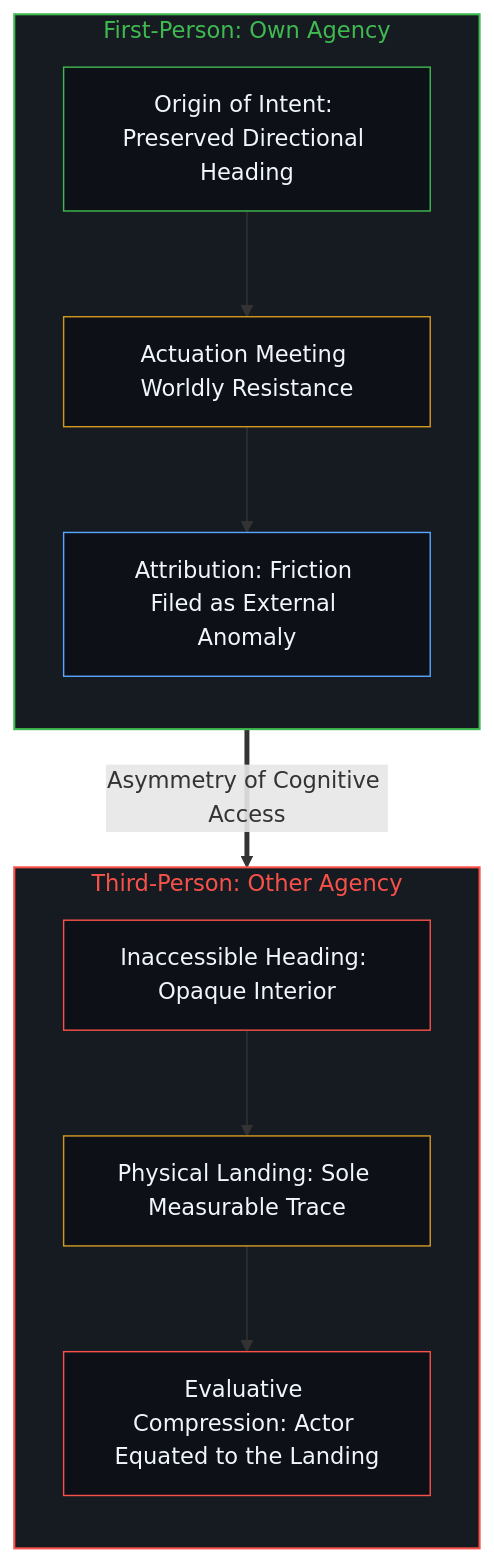
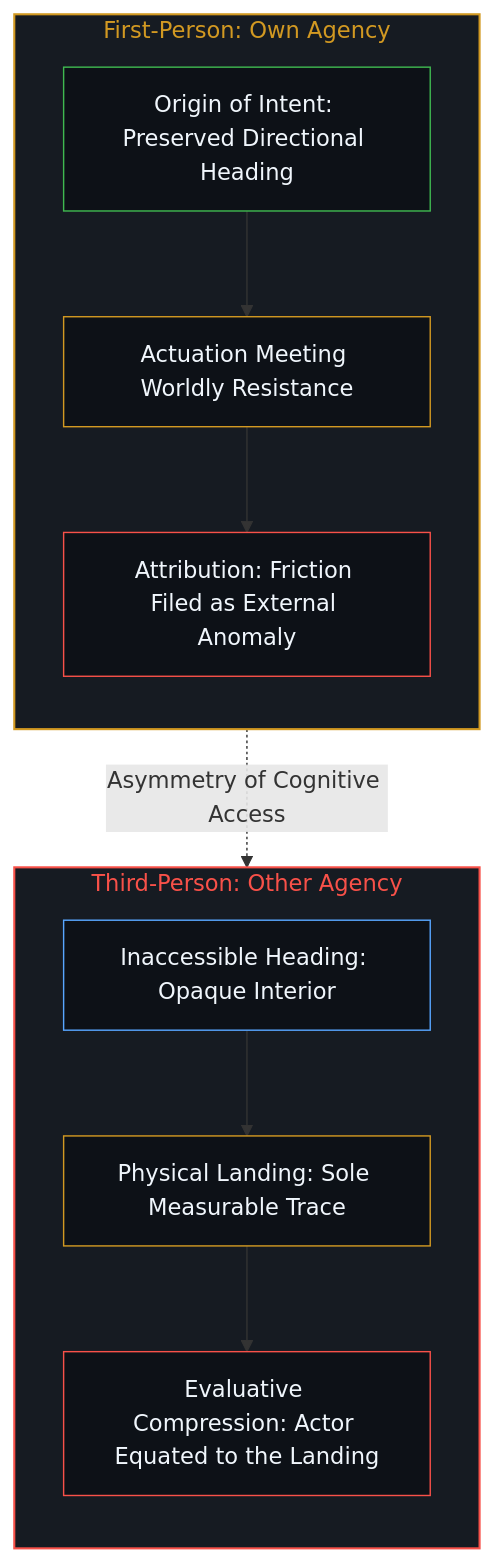
One commit to powerpig99/not-a-toe changed the fourth of 8 diagrams in content/posts/the-unexamined-critic.md. Above: the diagram before and after it, drawn with Mermaid. The commit also changed other lines of this file and 9 other files, not shown here.

````diff
--- a/content/posts/the-unexamined-critic.md
+++ b/content/posts/the-unexamined-critic.md
@@ -98,26 +98,26 @@
 ```mermaid
 flowchart TD
     subgraph S_Self ["First-Person: Own Agency"]
         direction TB
         SelfIntent["Origin of Intent: Preserved Directional Heading"]
         SelfAction["Actuation Meeting Worldly Resistance"]
         SelfExcuse["Attribution: Friction Filed as External Anomaly"]
         SelfIntent --> SelfAction --> SelfExcuse
     end
     subgraph S_Other ["Third-Person: Other Agency"]
         direction TB
         OtherHidden["Inaccessible Heading: Opaque Interior"]
         OtherTrace["Physical Landing: Sole Measurable Trace"]
         OtherVerdict["Evaluative Compression: Actor Equated to the Landing"]
         OtherHidden --> OtherTrace --> OtherVerdict
     end
-    S_Self ==>|"Asymmetry of Cognitive Access"| S_Other
-    style S_Self fill:#161b22,stroke:#3fb950,stroke-width:1.5px,color:#3fb950
+    S_Self -.->|"Asymmetry of Cognitive Access"| S_Other
+    style S_Self fill:#161b22,stroke:#d29922,stroke-width:1.5px,color:#d29922
     style S_Other fill:#161b22,stroke:#f85149,stroke-width:1.5px,color:#f85149
     style SelfIntent fill:#0d1117,stroke:#3fb950,stroke-width:1px,color:#f0f6fc
     style SelfAction fill:#0d1117,stroke:#d29922,stroke-width:1px,color:#f0f6fc
-    style SelfExcuse fill:#0d1117,stroke:#58a6ff,stroke-width:1px,color:#f0f6fc
-    style OtherHidden fill:#0d1117,stroke:#f85149,stroke-width:1px,color:#f0f6fc
+    style SelfExcuse fill:#0d1117,stroke:#f85149,stroke-width:1px,color:#f0f6fc
+    style OtherHidden fill:#0d1117,stroke:#58a6ff,stroke-width:1px,color:#f0f6fc
     style OtherTrace fill:#0d1117,stroke:#d29922,stroke-width:1px,color:#f0f6fc
     style OtherVerdict fill:#0d1117,stroke:#f85149,stroke-width:1px,color:#f0f6fc
 ```
````
